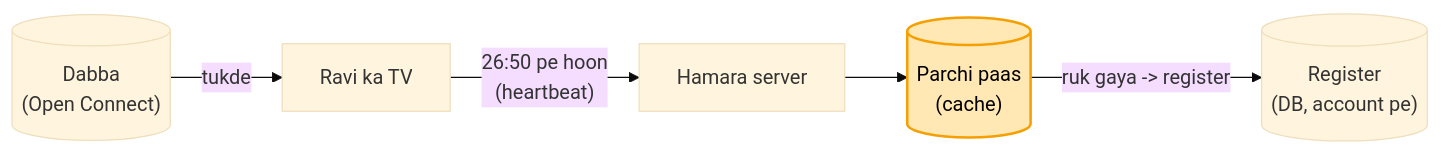
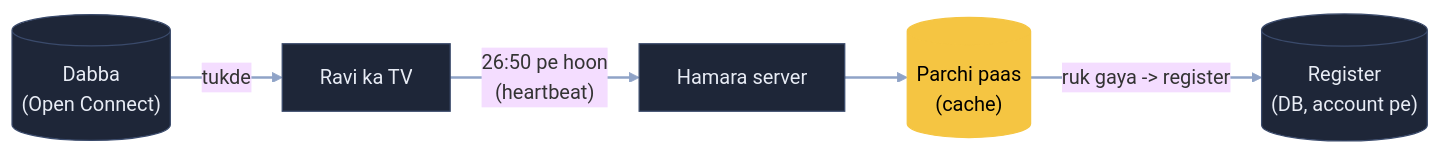
One commit to ArpanMaheshwari144/Prep changed the sixth of 7 diagrams in 04_HLD/SYSTEM_DESIGNS/18_netflix/18_netflix.md. Above: the diagram before and after it, drawn with Mermaid (base theme). The commit also changed other lines of this file and 14 other files, not shown here.

Commit message:
HLD: 14 design ke FR/NFR kadmon se milaye (pakke vaade me sach wali shart, chhoote kadam jode); Netflix diagram naye andaaz me

````diff
--- a/04_HLD/SYSTEM_DESIGNS/18_netflix/18_netflix.md
+++ b/04_HLD/SYSTEM_DESIGNS/18_netflix/18_netflix.md
@@ -158,8 +173,11 @@
 ```mermaid
 flowchart LR
     B[("Dabba<br/>(Open Connect)")] -- "tukde" --> R["Ravi ka TV"]
     R -- "26:50 pe hoon<br/>(heartbeat)" --> W["Hamara server"]
     W --> C[("Parchi paas<br/>(cache)")]
     C -- "ruk gaya -> register" --> D[("Register<br/>(DB, account pe)")]
-    style C fill:#ffe8b3,stroke:#f59f00,stroke-width:2px,color:#000
+    class C hl
+    classDef default fill:#1e2638,stroke:#3a4a6b,color:#e8ecf5
+    classDef hl fill:#f5c542,stroke:#f5c542,color:#000
+    linkStyle default stroke:#8fa3c7,stroke-width:2px
 ```
````
